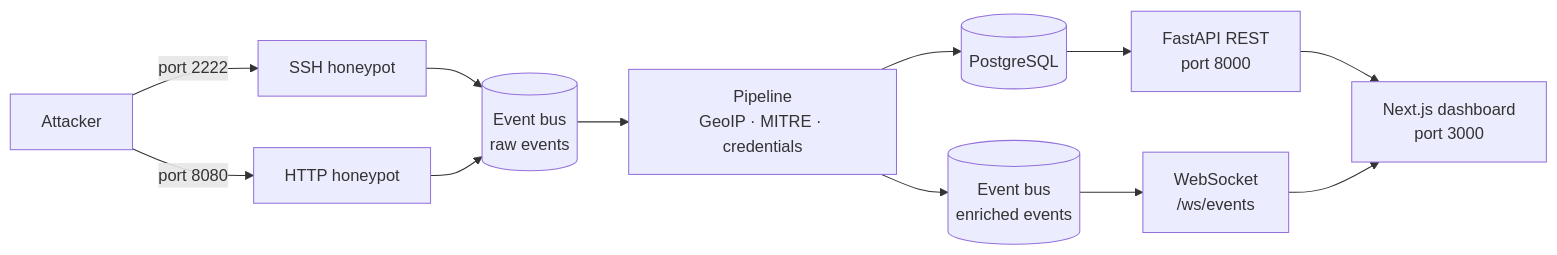
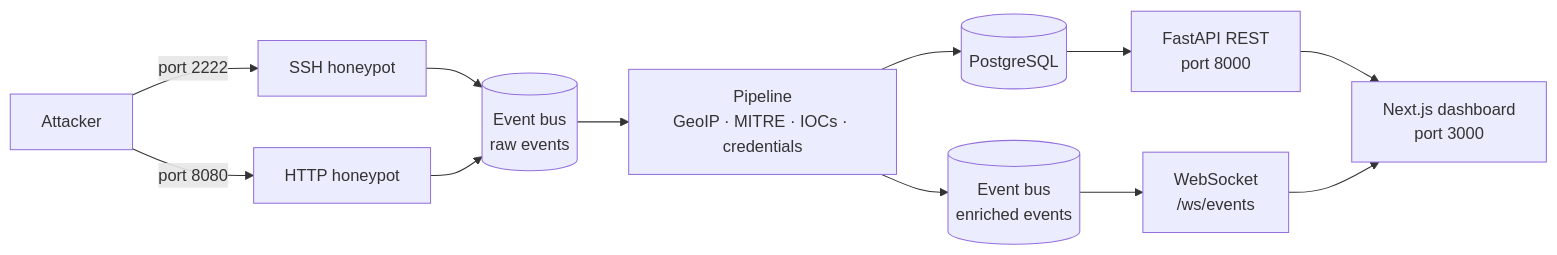
Before and after one commit to bichiouyahya/Hivewatch: the diagram in README.md, drawn with Mermaid. The commit also changed other lines of this file and 41 other files, not shown here.

````diff
--- a/README.md
+++ b/README.md
@@ -75,18 +89,18 @@
 ```mermaid
 flowchart LR
     A[Attacker] -->|port 2222| SSH[SSH honeypot]
     A -->|port 8080| HTTP[HTTP honeypot]
 
     SSH --> BUS[(Event bus<br/>raw events)]
     HTTP --> BUS
 
-    BUS --> P[Pipeline<br/>GeoIP · MITRE · credentials]
+    BUS --> P[Pipeline<br/>GeoIP · MITRE · IOCs · credentials]
     P --> DB[(PostgreSQL)]
     P --> EBUS[(Event bus<br/>enriched events)]
 
     DB --> API[FastAPI REST<br/>port 8000]
     EBUS --> WS[WebSocket<br/>/ws/events]
 
     API --> UI[Next.js dashboard<br/>port 3000]
     WS --> UI
 ```
````
